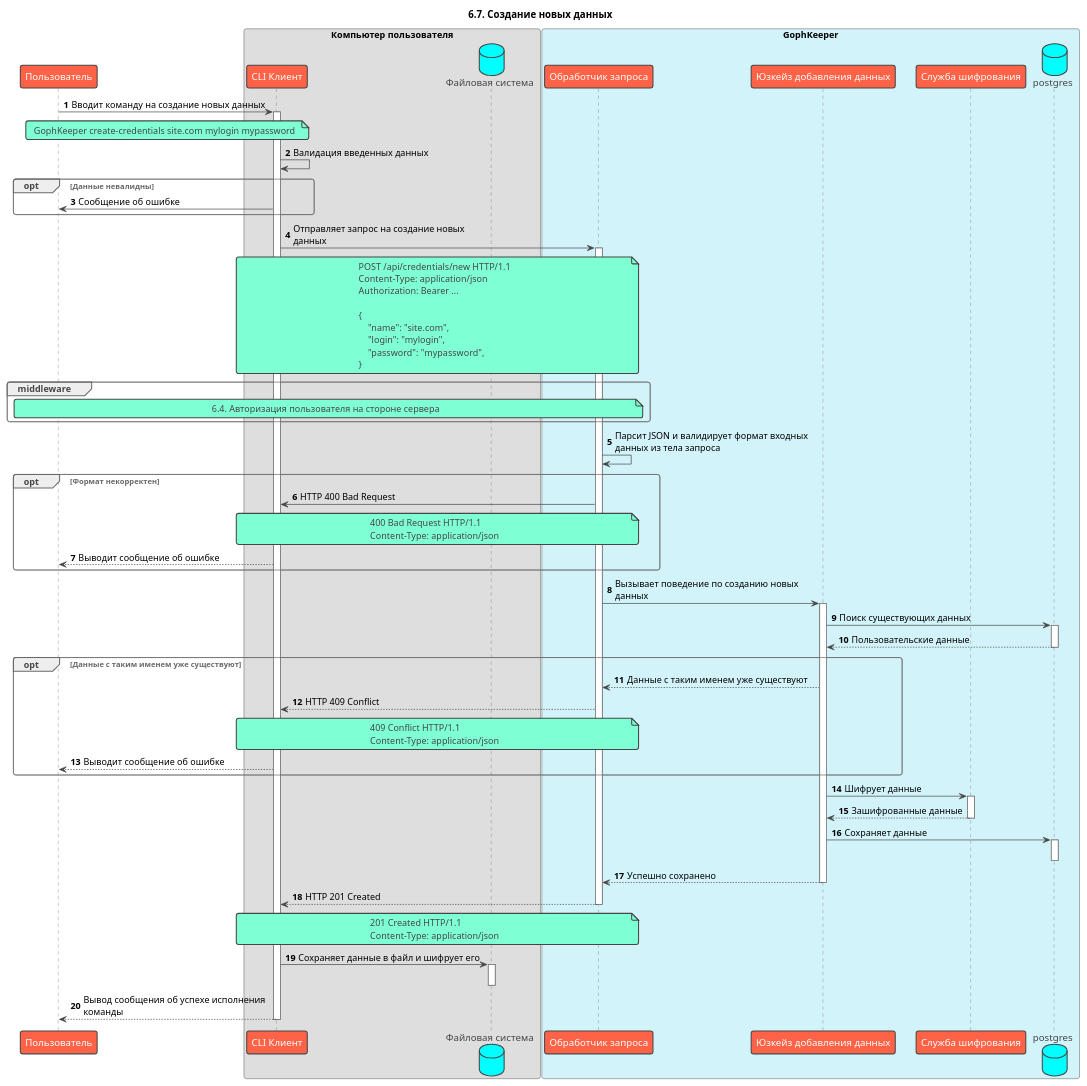
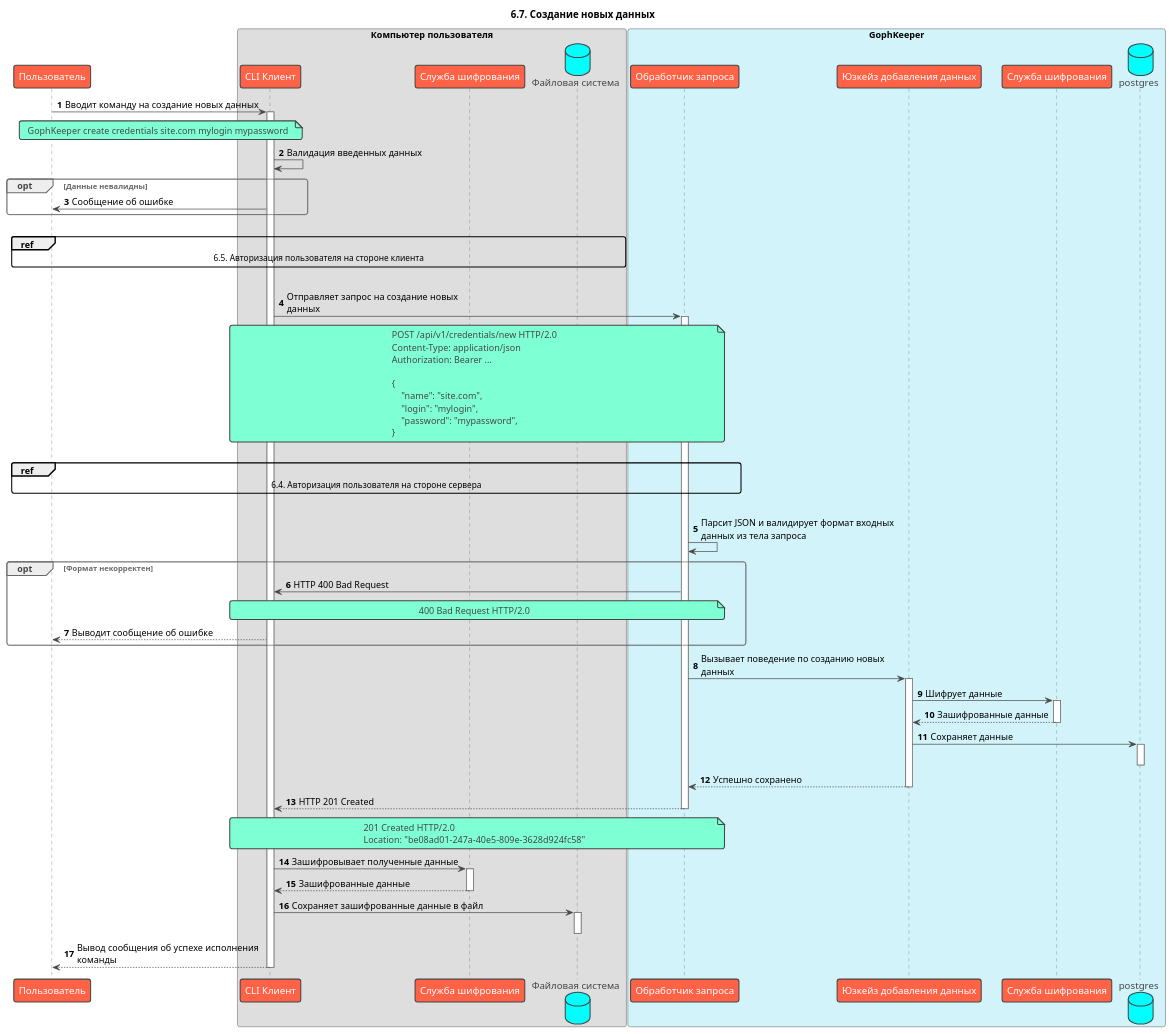
One commit to Nickolasll/GophKeeper changed the diagram in docs/arc42/6. Runtime View/6.7 Create.puml. Above: the diagram before and after it, drawn with PlantUML. The commit also changed 24 other files, not shown here.

```diff
--- a/docs/arc42/6. Runtime View/6.7 Create.puml
+++ b/docs/arc42/6. Runtime View/6.7 Create.puml
@@ -1,89 +1,87 @@
 @startuml
 !theme vibrant
 title: 6.7. Создание новых данных
 skinparam maxMessageSize 300
 autonumber
 
 participant "Пользователь" as user
 box "Компьютер пользователя" #DEDEDE
     participant "CLI Клиент" as client
+    participant "Служба шифрования" as cli_crypto 
     database "Файловая система" as file
 end box
 
 box "GophKeeper" #d3f3fa
     participant "Обработчик запроса" as handler
     participant "Юзкейз добавления данных" as usecase
     participant "Служба шифрования" as crypto
     database "postgres" as db
 end box
 
 user -> client ++ : Вводит команду на создание новых данных
 note over user, client
-    GophKeeper create-credentials site.com mylogin mypassword
+    GophKeeper create credentials site.com mylogin mypassword
 end note
 
 client -> client: Валидация введенных данных
 
 opt Данные невалидны
     client -> user: Сообщение об ошибке
 end
 
+|||
+ref over user, file
+    6.5. Авторизация пользователя на стороне клиента
+end
+|||
+
 client -> handler ++ : Отправляет запрос на создание новых данных
 note over client, handler
-    POST /api/credentials/new HTTP/1.1
+    POST /api/v1/credentials/new HTTP/2.0
     Content-Type: application/json
     Authorization: Bearer ...
     
     {
         "name": "site.com",
         "login": "mylogin",
         "password": "mypassword",
     }
 end note
 
-group middleware
-    note over user, handler: 6.4. Авторизация пользователя на стороне сервера
-end group
+|||
+ref over user, handler
+    6.4. Авторизация пользователя на стороне сервера
+end
+|||
 
 handler -> handler: Парсит JSON и валидирует формат входных данных из тела запроса
 opt Формат некорректен
     handler -> client: HTTP 400 Bad Request
     note over client, handler
-        400 Bad Request HTTP/1.1
-        Content-Type: application/json
+        400 Bad Request HTTP/2.0
     end note
     client --> user: Выводит сообщение об ошибке
 end
 
 handler -> usecase ++ : Вызывает поведение по созданию новых данных
-usecase -> db ++ : Поиск существующих данных
-return Пользовательские данные
-opt Данные с таким именем уже существуют
-    usecase --> handler: Данные с таким именем уже существуют
-    handler --> client: HTTP 409 Conflict
-    note over client, handler
-        409 Conflict HTTP/1.1
-        Content-Type: application/json
-    end note
-    client --> user: Выводит сообщение об ошибке
-end
-
 usecase -> crypto ++ : Шифрует данные
 return Зашифрованные данные
 
 usecase -> db : Сохраняет данные
 activate db
 deactivate db
 
 return Успешно сохранено
 return HTTP 201 Created
 note over client, handler
-    201 Created HTTP/1.1
-    Content-Type: application/json
+    201 Created HTTP/2.0
+    Location: "be08ad01-247a-40e5-809e-3628d924fc58"
 end note
 
-client -> file: Сохраняет данные в файл и шифрует его
+client -> cli_crypto ++ : Зашифровывает полученные данные
+return Зашифрованные данные
+client -> file: Сохраняет зашифрованные данные в файл
 activate file
 deactivate file 
 return Вывод сообщения об успехе исполнения команды
 @enduml
```
